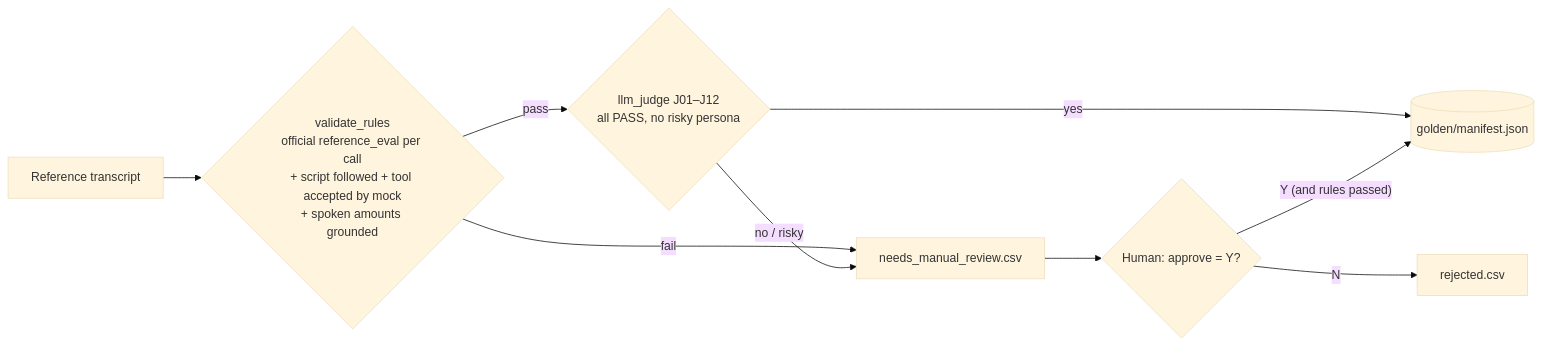
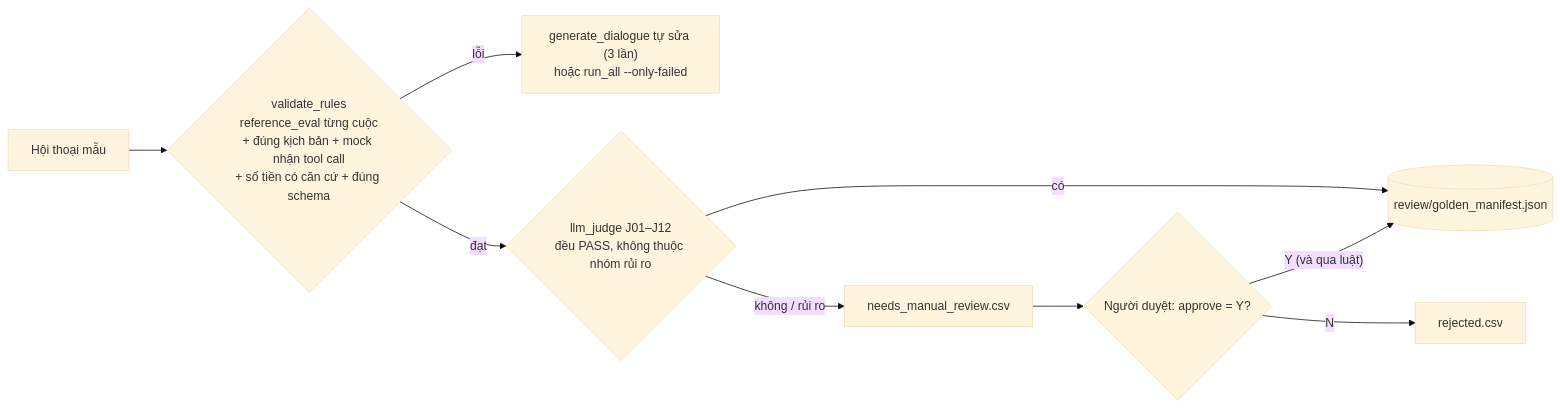
One commit to queenley/capstone_sudocode2026 changed the second of 3 diagrams in evaluation/data-generation/README.md. Above: the diagram before and after it, drawn with Mermaid (base theme). The commit also changed other lines of this file and 1541 other files, not shown here.

````diff
--- a/evaluation/data-generation/README.md
+++ b/evaluation/data-generation/README.md
@@ -231,11 +463,11 @@
 ```mermaid
 flowchart LR
-    T[Reference transcript] --> R{"validate_rules<br/>official reference_eval per call<br/>+ script followed + tool accepted by mock<br/>+ spoken amounts grounded"}
-    R -- fail --> M[needs_manual_review.csv]
-    R -- pass --> J{"llm_judge J01–J12<br/>all PASS, no risky persona"}
-    J -- yes --> G[("golden/manifest.json")]
-    J -- no / risky --> M
-    M --> H{"Human: approve = Y?"}
-    H -- "Y (and rules passed)" --> G
+    T[Hội thoại mẫu] --> R{"validate_rules<br/>reference_eval từng cuộc<br/>+ đúng kịch bản + mock nhận tool call<br/>+ số tiền có căn cứ + đúng schema"}
+    R -- lỗi --> F["generate_dialogue tự sửa (3 lần)<br/>hoặc run_all --only-failed"]
+    R -- đạt --> J{"llm_judge J01–J12<br/>đều PASS, không thuộc nhóm rủi ro"}
+    J -- có --> G[("review/golden_manifest.json")]
+    J -- không / rủi ro --> M[needs_manual_review.csv]
+    M --> H{"Người duyệt: approve = Y?"}
+    H -- "Y (và qua luật)" --> G
     H -- N --> X[rejected.csv]
 ```
````
